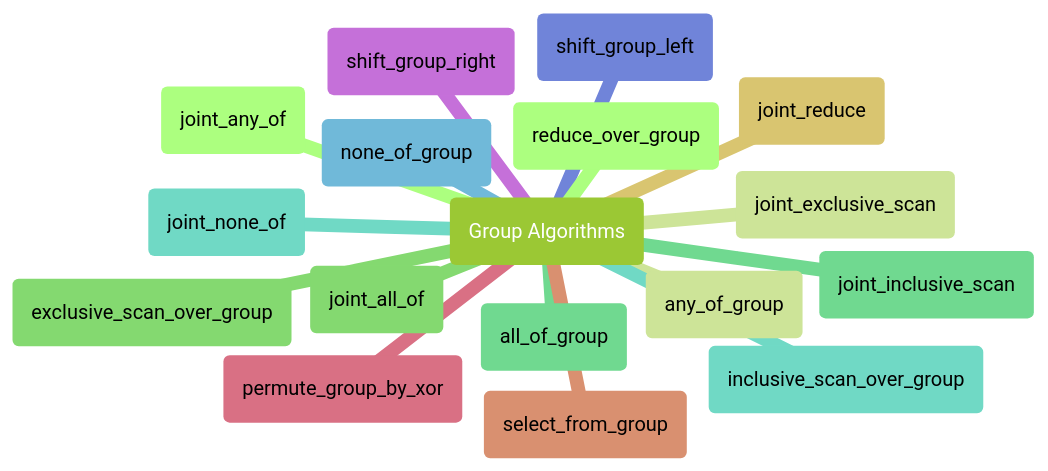
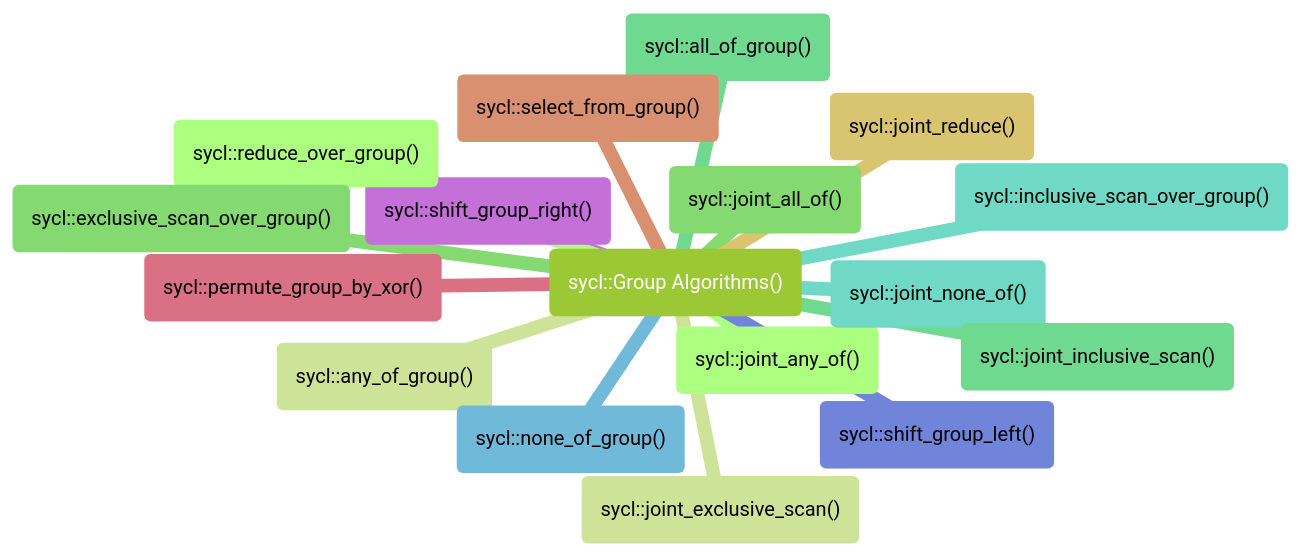
One commit to salehjg/Learning-SYCL changed the second of 2 diagrams in examples/06.collective.funcs/readme.md. Above: the diagram before and after it, drawn with Mermaid (forest theme).

Commit message:
e5, e6, and some typo fixes.

````diff
--- a/examples/06.collective.funcs/readme.md
+++ b/examples/06.collective.funcs/readme.md
@@ -20,20 +20,20 @@
 ```mermaid
 mindmap
-root("Group Algorithms")
-  id("joint_any_of")
-  id("any_of_group")
-  id("joint_all_of")
-  id("all_of_group")
-  id("joint_none_of")
-  id("none_of_group")
-  id("shift_group_left")
-  id("shift_group_right")
-  id("permute_group_by_xor")
-  id("select_from_group")
-  id("joint_reduce")
-  id("reduce_over_group")
-  id("joint_exclusive_scan")
-  id("exclusive_scan_over_group")
-  id("joint_inclusive_scan")
-  id("inclusive_scan_over_group")
+root("sycl::Group Algorithms()")
+  id("sycl::joint_any_of()")
+  id("sycl::any_of_group()")
+  id("sycl::joint_all_of()")
+  id("sycl::all_of_group()")
+  id("sycl::joint_none_of()")
+  id("sycl::none_of_group()")
+  id("sycl::shift_group_left()")
+  id("sycl::shift_group_right()")
+  id("sycl::permute_group_by_xor()")
+  id("sycl::select_from_group()")
+  id("sycl::joint_reduce()")
+  id("sycl::reduce_over_group()")
+  id("sycl::joint_exclusive_scan()")
+  id("sycl::exclusive_scan_over_group()")
+  id("sycl::joint_inclusive_scan()")
+  id("sycl::inclusive_scan_over_group()")
 ```
````
